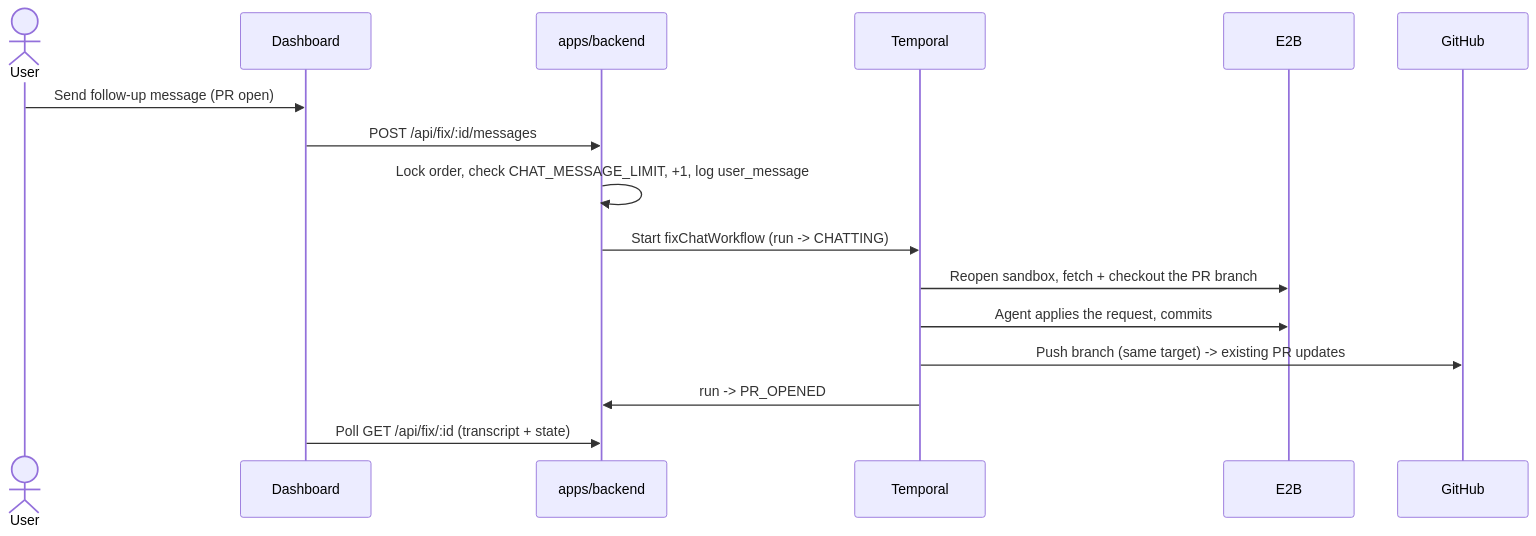
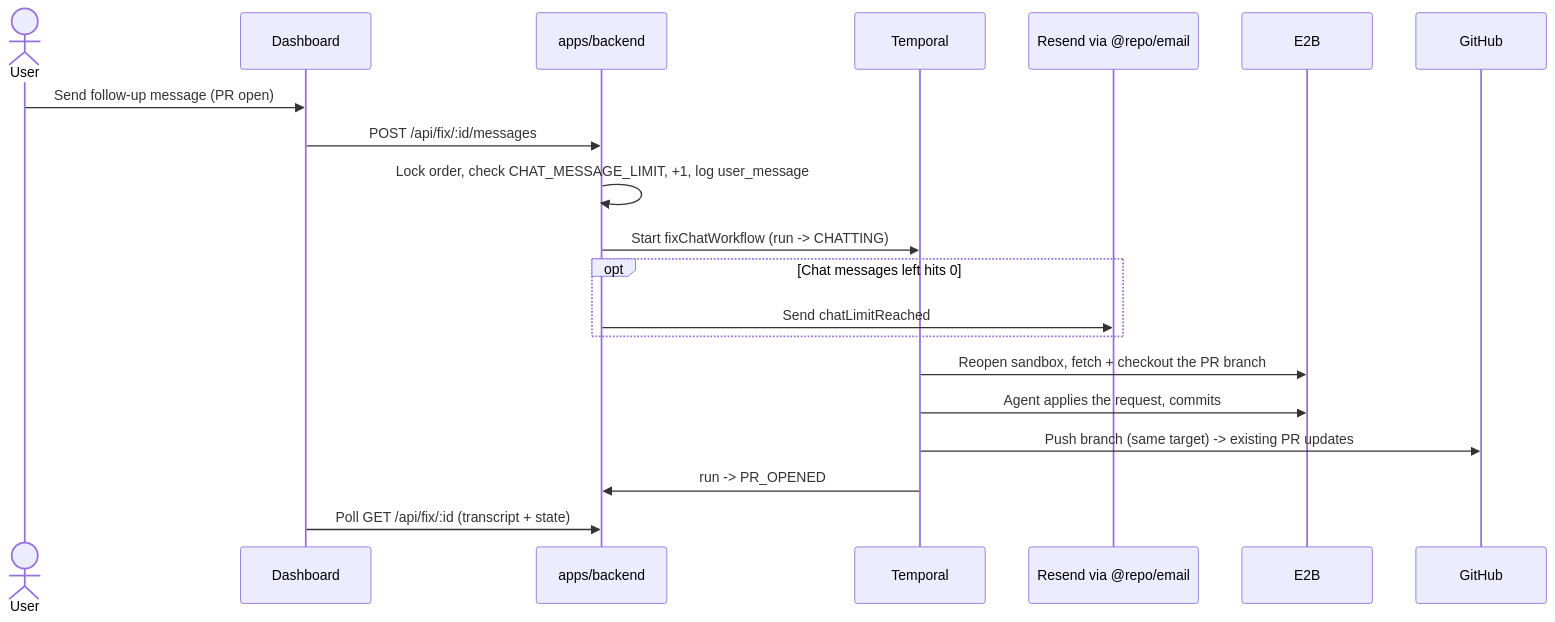
Before and after one commit to ChetanBhosale/geo-repair: the third of 3 diagrams in docs/system-flow.md, drawn with Mermaid. The commit also changed other lines of this file and 44 other files, not shown here.

Commit message:
Polish dashboard scan and notification flows

````diff
--- a/docs/system-flow.md
+++ b/docs/system-flow.md
@@ -306,19 +361,23 @@
 ```mermaid
 sequenceDiagram
   actor User
   participant Dashboard
   participant API as apps/backend
   participant Temporal
+  participant Email as Resend via @repo/email
   participant E2B
   participant GitHub
 
   User->>Dashboard: Send follow-up message (PR open)
   Dashboard->>API: POST /api/fix/:id/messages
   API->>API: Lock order, check CHAT_MESSAGE_LIMIT, +1, log user_message
   API->>Temporal: Start fixChatWorkflow (run -> CHATTING)
+  opt Chat messages left hits 0
+    API->>Email: Send chatLimitReached
+  end
   Temporal->>E2B: Reopen sandbox, fetch + checkout the PR branch
   Temporal->>E2B: Agent applies the request, commits
   Temporal->>GitHub: Push branch (same target) -> existing PR updates
   Temporal->>API: run -> PR_OPENED
   Dashboard->>API: Poll GET /api/fix/:id (transcript + state)
 ```
````
